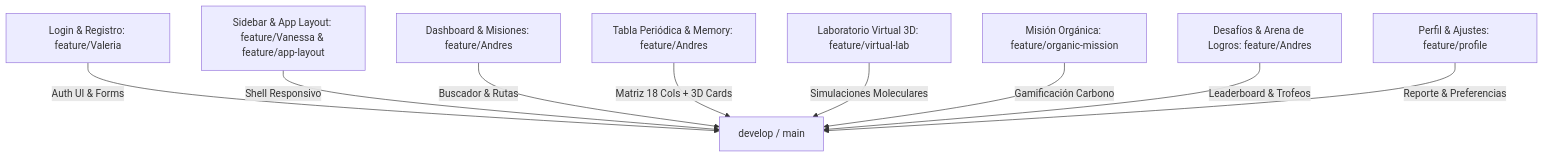
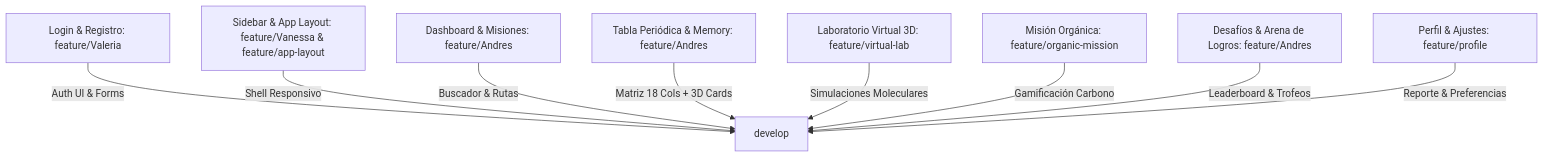
The diagram in README.md (Andresittow/ReactivA), drawn with Mermaid before and after one commit. The commit also changed other lines of this file and 10 other files, not shown here.

Commit message:
chore(repo): prepara flujo colaborativo, Git Graph y validacion Angular

````diff
--- a/README.md
+++ b/README.md
@@ -13,11 +13,11 @@
 ```mermaid
 graph TD
-    A[Login & Registro: feature/Valeria] -->|Auth UI & Forms| D[develop / main]
+    A[Login & Registro: feature/Valeria] -->|Auth UI & Forms| D[develop]
     B[Sidebar & App Layout: feature/Vanessa & feature/app-layout] -->|Shell Responsivo| D
     C[Dashboard & Misiones: feature/Andres] -->|Buscador & Rutas| D
     E[Tabla Periódica & Memory: feature/Andres] -->|Matriz 18 Cols + 3D Cards| D
     F[Laboratorio Virtual 3D: feature/virtual-lab] -->|Simulaciones Moleculares| D
     G[Misión Orgánica: feature/organic-mission] -->|Gamificación Carbono| D
     H[Desafíos & Arena de Logros: feature/Andres] -->|Leaderboard & Trofeos| D
     I[Perfil & Ajustes: feature/profile] -->|Reporte & Preferencias| D
 ```
````
